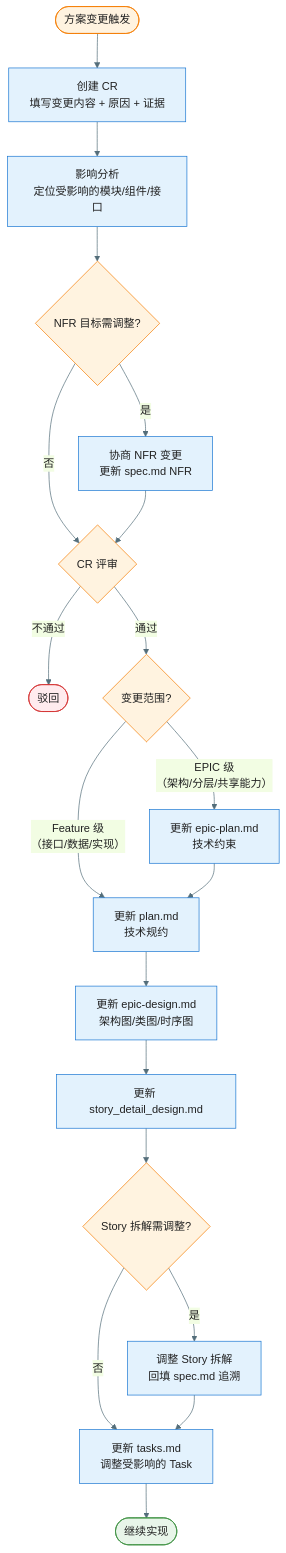
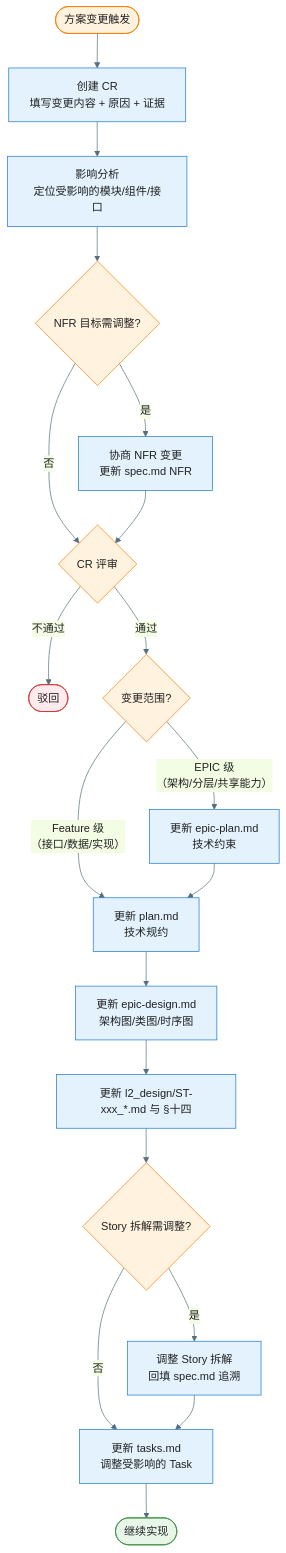
One commit to jackykarma/Verity changed the fifth of 8 diagrams in docs/workflow-overview.md. Above: the diagram before and after it, drawn with Mermaid. The commit also changed other lines of this file and 41 other files, not shown here.

First line of the commit message:
docs 📝(AISDD): L2 详细设计按 Story 分文件至 l2_design

````diff
--- a/docs/workflow-overview.md
+++ b/docs/workflow-overview.md
@@ -275,30 +275,30 @@
 ```mermaid
 %%{init: {'theme': 'base', 'themeVariables': { 'primaryColor': '#E3F2FD', 'primaryTextColor': '#212121', 'primaryBorderColor': '#1976D2', 'lineColor': '#546E7A'}}}%%
 flowchart TD
     Trigger([方案变更触发]) --> CreateCR["创建 CR<br/>填写变更内容 + 原因 + 证据"]
     CreateCR --> Impact["影响分析<br/>定位受影响的模块/组件/接口"]
     Impact --> CheckNFR{NFR 目标需调整?}
     CheckNFR -->|是| NegotiateNFR["协商 NFR 变更<br/>更新 spec.md NFR"]
     CheckNFR -->|否| Review{CR 评审}
     NegotiateNFR --> Review
     Review -->|不通过| Reject([驳回])
     Review -->|通过| Scope{变更范围?}
     Scope -->|"EPIC 级<br/>（架构/分层/共享能力）"| UpdateEpicPlan["更新 epic-plan.md<br/>技术约束"]
     Scope -->|"Feature 级<br/>（接口/数据/实现）"| UpdatePlan["更新 plan.md<br/>技术规约"]
     UpdateEpicPlan --> UpdatePlan
     UpdatePlan --> UpdateDesign["更新 epic-design.md<br/>架构图/类图/时序图"]
-    UpdateDesign --> UpdateL2["更新 story_detail_design.md"]
+    UpdateDesign --> UpdateL2["更新 l2_design/ST-xxx_*.md 与 §十四"]
     UpdateL2 --> CheckStory{Story 拆解需调整?}
     CheckStory -->|是| UpdateStory["调整 Story 拆解<br/>回填 spec.md 追溯"]
     CheckStory -->|否| UpdateTasks["更新 tasks.md<br/>调整受影响的 Task"]
     UpdateStory --> UpdateTasks
     UpdateTasks --> Continue([继续实现])
 
     style Trigger fill:#FFF3E0,stroke:#F57C00
     style Reject fill:#FFEBEE,stroke:#D32F2F
     style Continue fill:#E8F5E9,stroke:#388E3C
     style Review fill:#FFF3E0,stroke:#F57C00
     style CheckNFR fill:#FFF3E0,stroke:#F57C00
     style Scope fill:#FFF3E0,stroke:#F57C00
     style CheckStory fill:#FFF3E0,stroke:#F57C00
 ```
````
